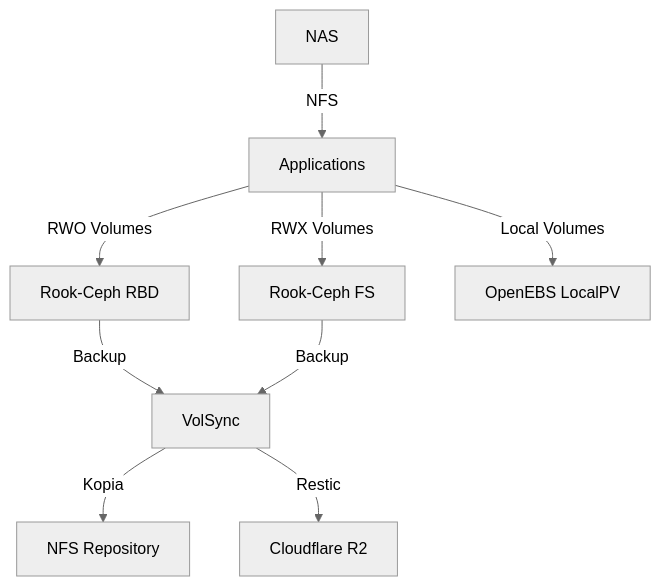
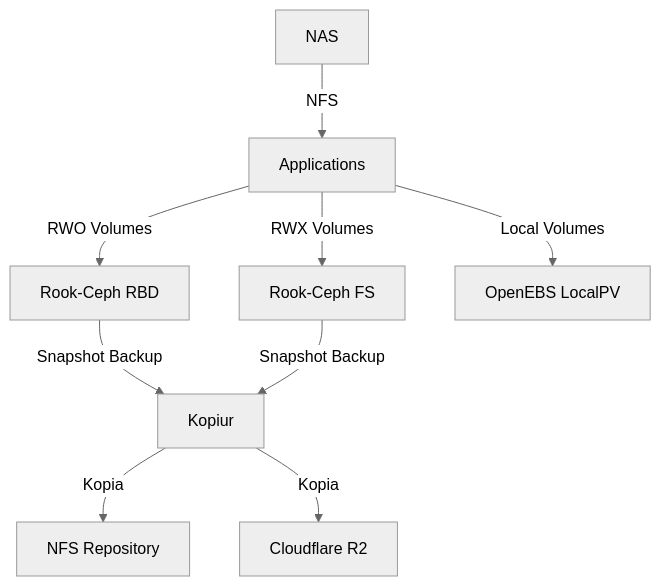
The third of 4 diagrams in README.md (adampetrovic/home-ops), drawn with Mermaid (neutral theme) before and after one commit. The commit also changed other lines of this file and 7 other files, not shown here.

First line of the commit message:
docs(kopiur): update backup operations guidance

````diff
--- a/README.md
+++ b/README.md
@@ -219,11 +219,11 @@
 ```mermaid
 graph TD
     A[Applications] -->|RWO Volumes| B[Rook-Ceph RBD]
     A -->|RWX Volumes| C[Rook-Ceph FS]
     A -->|Local Volumes| D[OpenEBS LocalPV]
-    B -->|Backup| E[VolSync]
-    C -->|Backup| E
+    B -->|Snapshot Backup| E[Kopiur]
+    C -->|Snapshot Backup| E
     E -->|Kopia| F[NFS Repository]
-    E -->|Restic| G[Cloudflare R2]
+    E -->|Kopia| G[Cloudflare R2]
     H[NAS] -->|NFS| A
 ```
````
